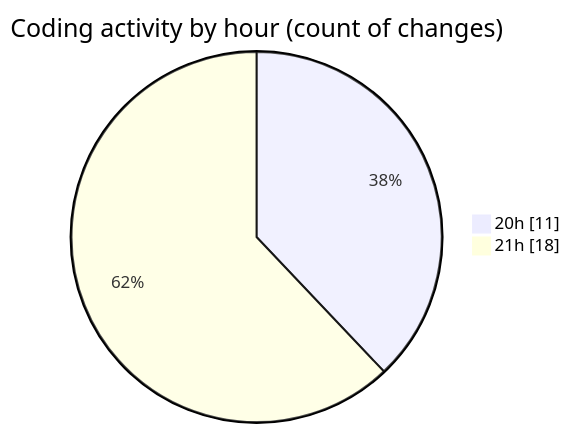
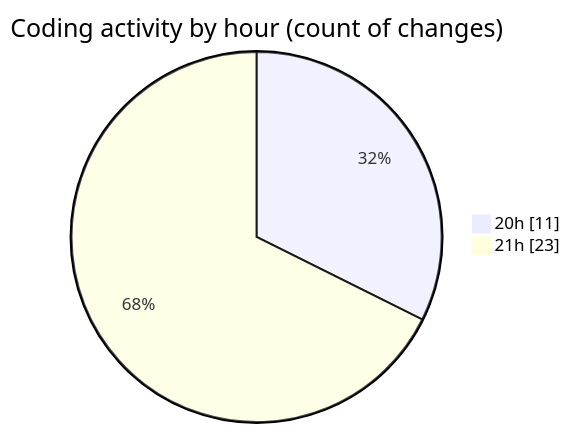
Before and after one commit to MatusMokan/code-tracking: the second of 2 diagrams in 2025-04-10/myws__workspace_/README.md, drawn with Mermaid. The commit also changed other lines of this file and 1 other file, not shown here.

````diff
--- a/2025-04-10/myws__workspace_/README.md
+++ b/2025-04-10/myws__workspace_/README.md
@@ -30,6 +30,6 @@
 ```mermaid
 pie showData
 title Coding activity by hour (count of changes)
 "20h" : 11
-"21h" : 18
+"21h" : 23
 ```
````
